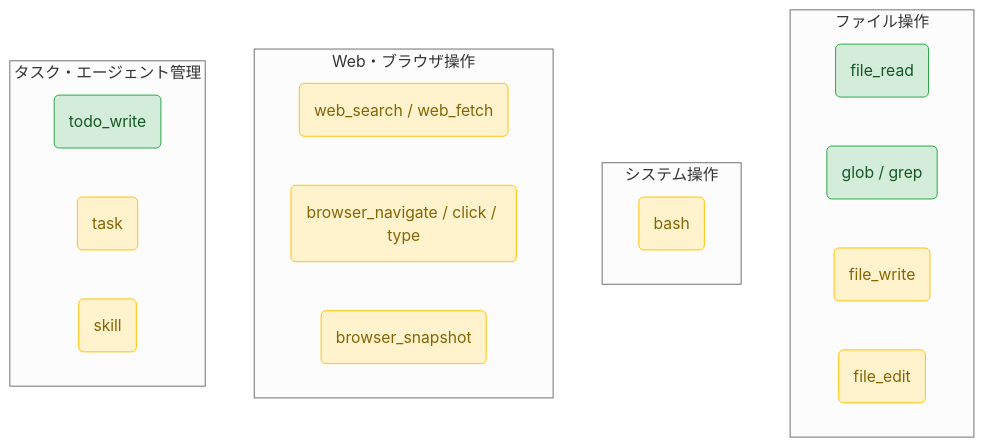
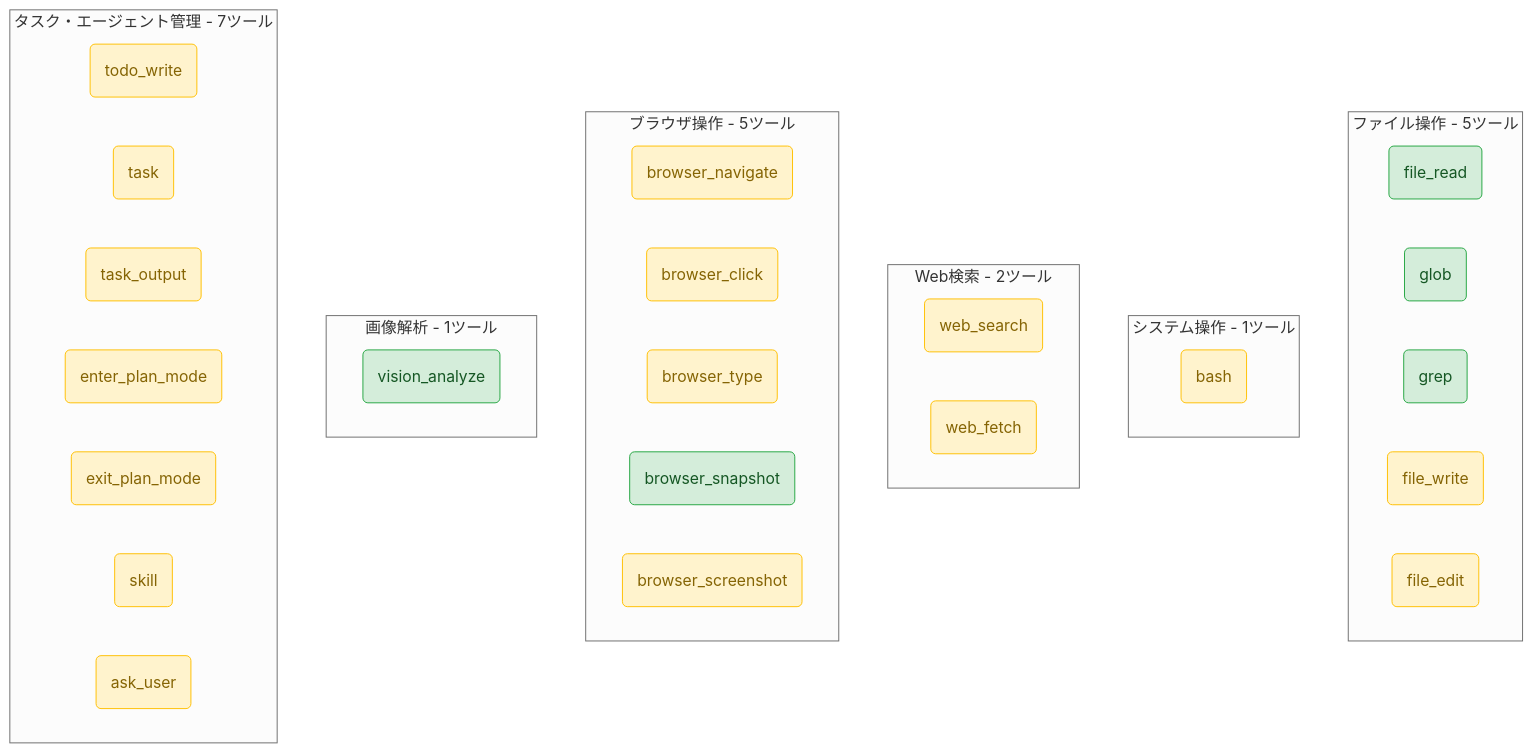
One commit to t2k2pp/lllmAgents changed the fourth of 5 diagrams in docs/external_design.md. Above: the diagram before and after it, drawn with Mermaid (neutral theme). The commit also changed other lines of this file and 3 other files, not shown here.

````diff
--- a/docs/external_design.md
+++ b/docs/external_design.md
@@ -107,28 +115,44 @@
 ```mermaid
 graph TD
     classDef safe fill:#d4edda,stroke:#28a745,color:#155724;
     classDef ask fill:#fff3cd,stroke:#ffc107,color:#856404;
-    
-    subgraph Filesystem [ファイル操作]
+
+    subgraph Filesystem [ファイル操作 - 5ツール]
         F1(file_read):::safe
-        F2(glob / grep):::safe
-        F3(file_write):::ask
-        F4(file_edit):::ask
+        F2(glob):::safe
+        F3(grep):::safe
+        F4(file_write):::ask
+        F5(file_edit):::ask
     end
-    
-    subgraph System [システム操作]
+
+    subgraph System [システム操作 - 1ツール]
         S1(bash):::ask
     end
-    
-    subgraph Web_Browser [Web・ブラウザ操作]
-        W1(web_search / web_fetch):::ask
-        W2(browser_navigate / click / type):::ask
-        W3(browser_snapshot):::ask
+
+    subgraph Web [Web検索 - 2ツール]
+        W1(web_search):::ask
+        W2(web_fetch):::ask
     end
-    
-    subgraph SubAgents [タスク・エージェント管理]
-        A1(todo_write):::safe
+
+    subgraph Browser [ブラウザ操作 - 5ツール]
+        B1(browser_navigate):::ask
+        B2(browser_click):::ask
+        B3(browser_type):::ask
+        B4(browser_snapshot):::safe
+        B5(browser_screenshot):::ask
+    end
+
+    subgraph Vision [画像解析 - 1ツール]
+        V1(vision_analyze):::safe
+    end
+
+    subgraph AgentTools [タスク・エージェント管理 - 7ツール]
+        A1(todo_write):::ask
         A2(task):::ask
-        A3(skill):::ask
+        A3(task_output):::ask
+        A4(enter_plan_mode):::ask
+        A5(exit_plan_mode):::ask
+        A6(skill):::ask
+        A7(ask_user):::ask
     end
 ```
````
